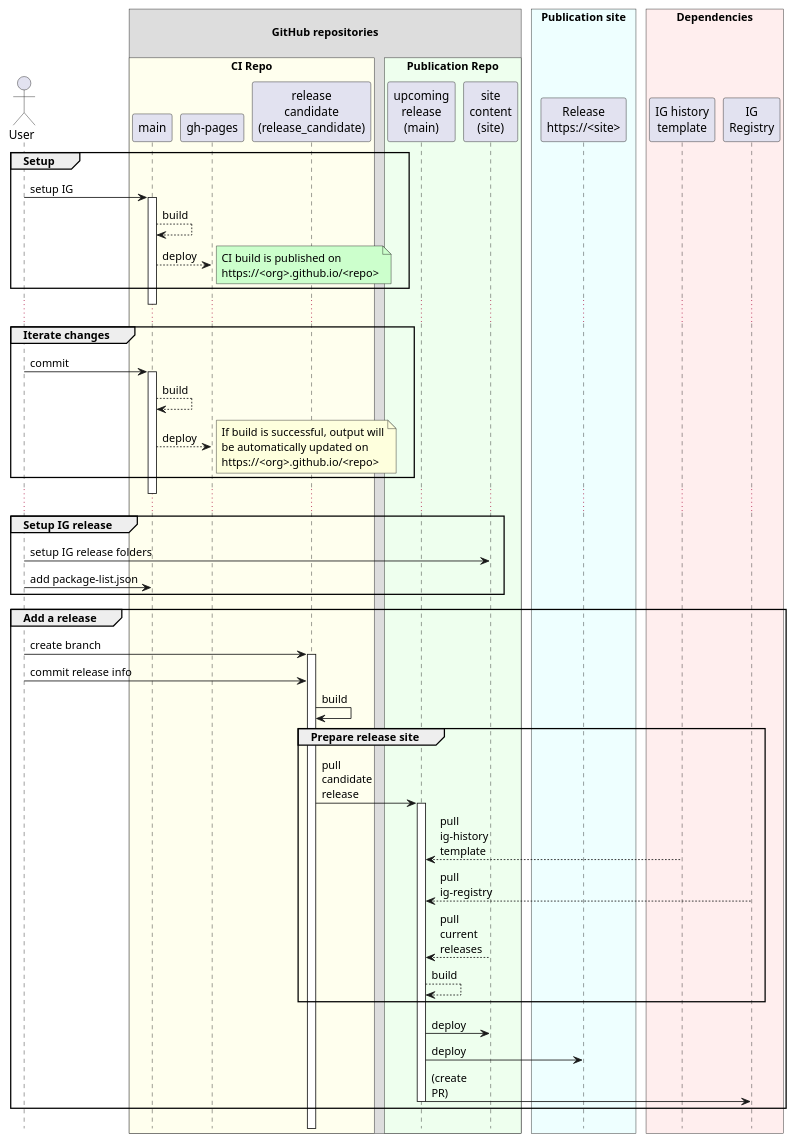
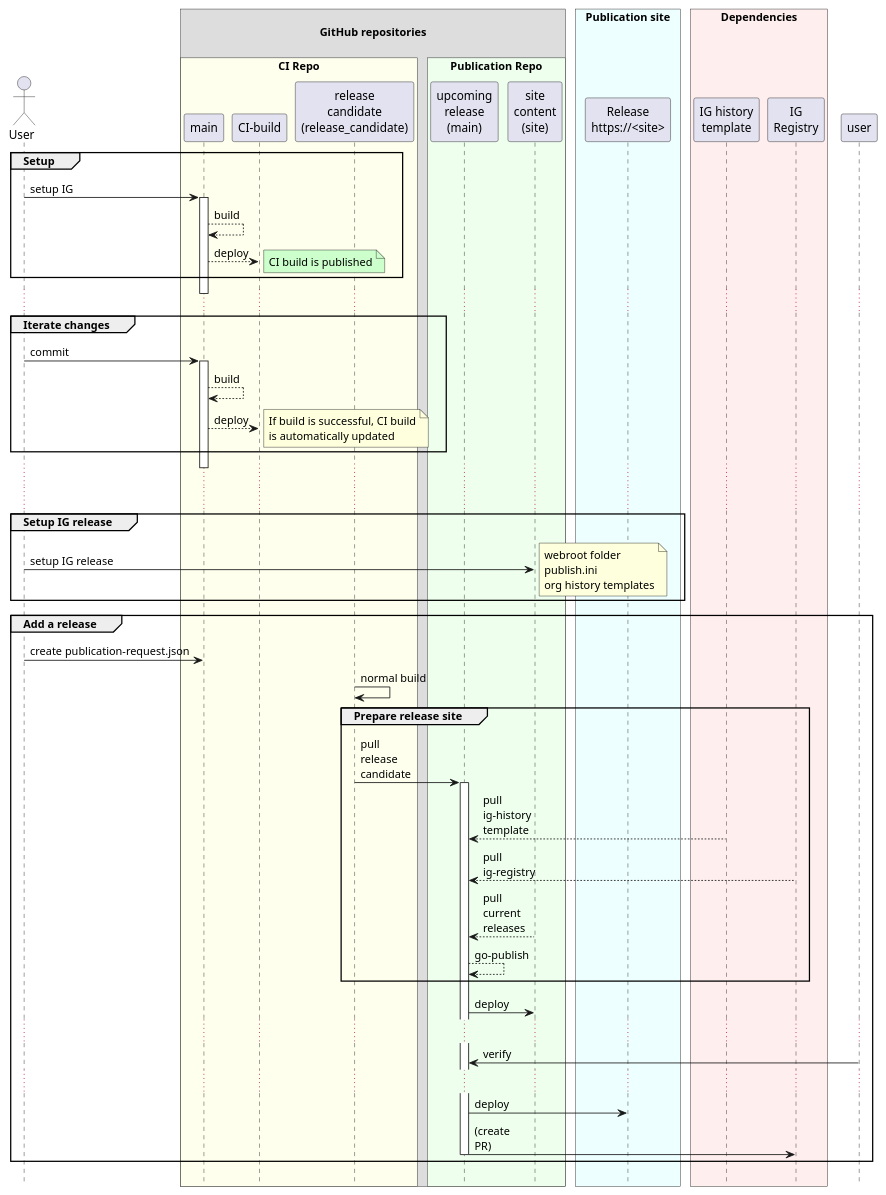
One commit to hl7-be/process_documentation changed the diagram in standardisation/spec_publication.md. Above: the diagram before and after it, drawn with PlantUML.

```diff
--- a/standardisation/spec_publication.md
+++ b/standardisation/spec_publication.md
@@ -28,7 +28,7 @@
 box "\nGitHub repositories\n"
   box "CI Repo" #FFE
     participant main
-    participant "gh-pages" as gh
+    participant "CI-build" as gh
     participant "release\ncandidate\n(release_candidate)" as relc
   end box
 
@@ -55,8 +55,7 @@
 main --> main : build
 main --> gh : deploy
 & note right of gh #cfc
-CI build is published on
-https://<org>.github.io/<repo>
+CI build is published
 end note
 end
 deactivate main
@@ -67,39 +66,43 @@
 main --> main : build
 main --> gh : deploy
 & note right of gh
-If build is successful, output will
-be automatically updated on
-https://<org>.github.io/<repo>
+If build is successful, CI build
+is automatically updated
 end note
 end 
 deactivate main
 
 ...
+...
 
 group Setup IG release
-User -> site: setup IG release folders
-User -> main: add package-list.json
+User -> site: setup IG release
+& note right of site
+webroot folder
+publish.ini
+org history templates
+end note
+'User -> main: add package-list.json
 end
 
-
 group Add a release
-User -> relc: create branch
-activate relc
-User -> relc: commit release info 
-relc -> relc: build
+User -> main: create publication-request.json
+relc -> relc: normal build
 
 group Prepare release site
-'User --> rels : trigger 
-relc -> rels: pull\ncandidate\nrelease
+relc -> rels: pull\nrelease\ncandidate
 activate rels
 hist --> rels : pull\nig-history\ntemplate 
 reg --> rels : pull\nig-registry 
 site --> rels: pull\ncurrent\nreleases 
 
-rels --> rels: build
+rels --> rels: go-publish
 end
 
 rels -> site : deploy
+...
+user -> rels : verify
+...
 rels -> relsite : deploy
 rels -> reg : (create\nPR)
 deactivate rels
```
